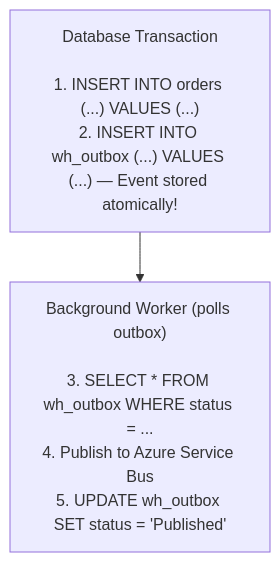
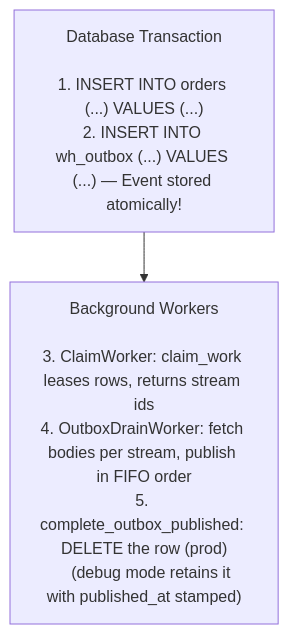
Before and after one commit to whizbang-lib/whizbang-lib.github.io: the first of 2 diagrams in src/assets/docs/v1.0.0/messaging/outbox-pattern.md, drawn with Mermaid. The commit also changed other lines of this file and 14 other files, not shown here.

````diff
--- a/src/assets/docs/v1.0.0/messaging/outbox-pattern.md
+++ b/src/assets/docs/v1.0.0/messaging/outbox-pattern.md
@@ -59,10 +68,10 @@
 ```mermaid
 flowchart TD
     TX["Database Transaction<br/><br/>1. INSERT INTO orders (...) VALUES (...)<br/>2. INSERT INTO wh_outbox (...) VALUES (...) — Event stored atomically!"]
-    Worker["Background Worker (polls outbox)<br/><br/>3. SELECT * FROM wh_outbox WHERE status = ...<br/>4. Publish to Azure Service Bus<br/>5. UPDATE wh_outbox SET status = 'Published'"]
+    Worker["Background Workers<br/><br/>3. ClaimWorker: claim_work leases rows, returns stream ids<br/>4. OutboxDrainWorker: fetch bodies per stream, publish in FIFO order<br/>5. complete_outbox_published: DELETE the row (prod)<br/>&nbsp;&nbsp;&nbsp;&nbsp;(debug mode retains it with published_at stamped)"]
 
     TX --> Worker
 
     class TX layer-event
     class Worker layer-command
 ```
````
